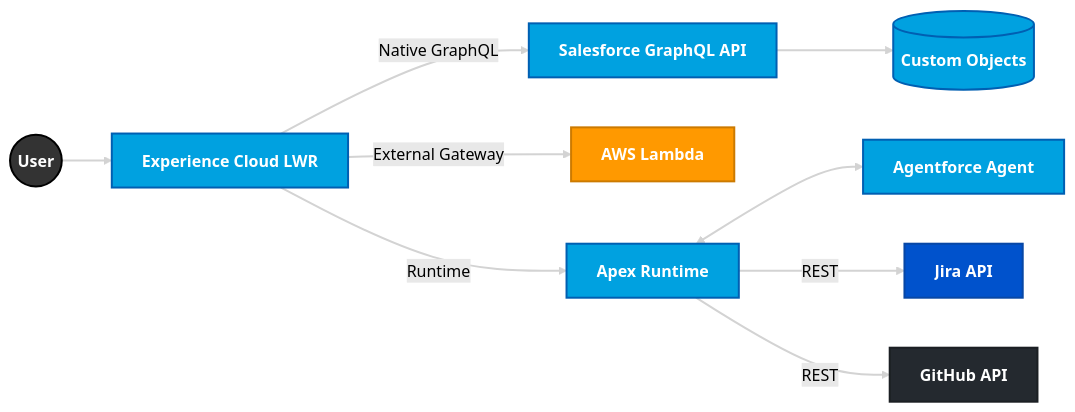
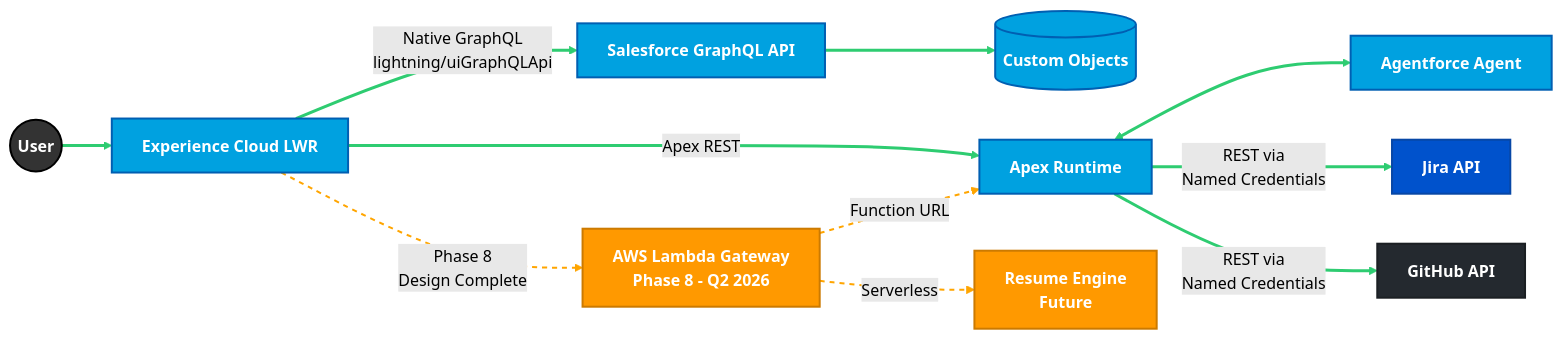
The diagram in README.md (rdbumstead/rdbumstead), drawn with Mermaid (forest theme) before and after one commit.

Commit message:
Update README with future phases and connections

````diff
--- a/README.md
+++ b/README.md
@@ -27,40 +27,47 @@
 ```mermaid
 graph LR
     %% Define Styles
     classDef sfdc fill:#00A1E0,stroke:#005FB2,stroke-width:2px,color:white,font-weight:bold;
     classDef aws fill:#FF9900,stroke:#CC7A00,stroke-width:2px,color:white,font-weight:bold;
     classDef jira fill:#0052CC,stroke:#0747A6,stroke-width:2px,color:white,font-weight:bold;
     classDef github fill:#24292F,stroke:#1B1F23,stroke-width:2px,color:white,font-weight:bold;
     classDef user fill:#333333,stroke:#000000,stroke-width:2px,color:white,font-weight:bold;
+    classDef future fill:#FFE5B4,stroke:#FFA500,stroke-width:2px,stroke-dasharray: 5 5;
 
     %% Nodes
-    User((User)) 
+    User((User))
     LWR[Experience Cloud LWR]
     SF_GQL[Salesforce GraphQL API]
     DB[(Custom Objects)]
-    Lambda[AWS Lambda]
+    Lambda[AWS Lambda Gateway<br/>Phase 8 - Q2 2026]
     Apex[Apex Runtime]
     AI[Agentforce Agent]
     Jira[Jira API]
     GitHub[GitHub API]
+    Resume[Resume Engine<br/>Future]
 
-    %% Relationships
+    %% Live MVP Connections (Solid)
     User --> LWR
-    LWR -->|Native GraphQL| SF_GQL
+    LWR -->|Native GraphQL<br/>lightning/uiGraphQLApi| SF_GQL
     SF_GQL --> DB
-    LWR -->|External Gateway| Lambda
-    LWR -->|Runtime| Apex
+    LWR -->|Apex REST| Apex
     Apex <--> AI
-    Apex -->|REST| Jira
-    Apex -->|REST| GitHub
+    Apex -->|REST via<br/>Named Credentials| Jira
+    Apex -->|REST via<br/>Named Credentials| GitHub
+
+    %% Phase 8 Connections (Dashed)
+    LWR -.->|Phase 8<br/>Design Complete| Lambda
+    Lambda -.->|Function URL| Apex
+    Lambda -.->|Serverless| Resume
 
     %% Apply Styles
     class LWR,SF_GQL,DB,Apex,AI sfdc;
-    class Lambda aws;
+    class Lambda,Resume aws;
     class Jira jira;
     class GitHub github;
     class User user;
 
-    %% Global Link Styling for visibility
-    linkStyle default stroke-width:2px,fill:none,stroke:lightgray;
+    %% Link Styling
+    linkStyle 0,1,2,3,4,5,6 stroke:#2ECC71,stroke-width:3px;
+    linkStyle 7,8,9 stroke:#FFA500,stroke-width:2px,stroke-dasharray:5;
 ```
````
